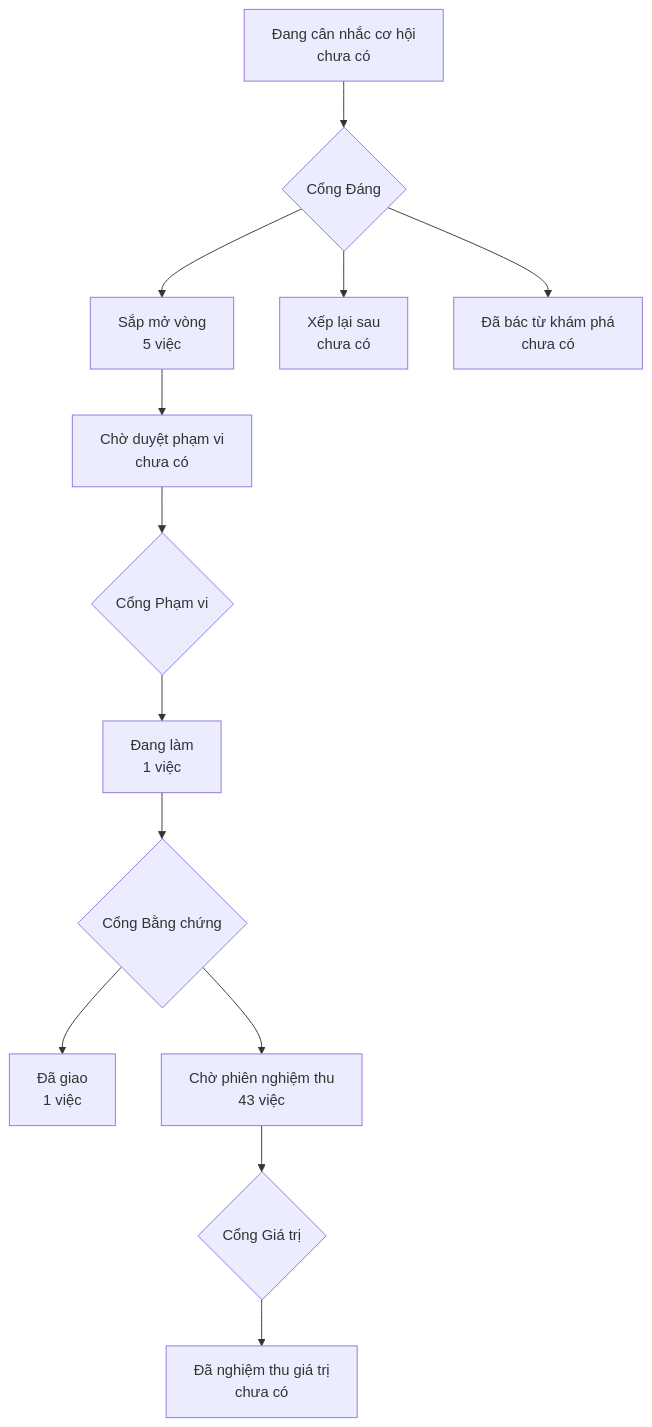
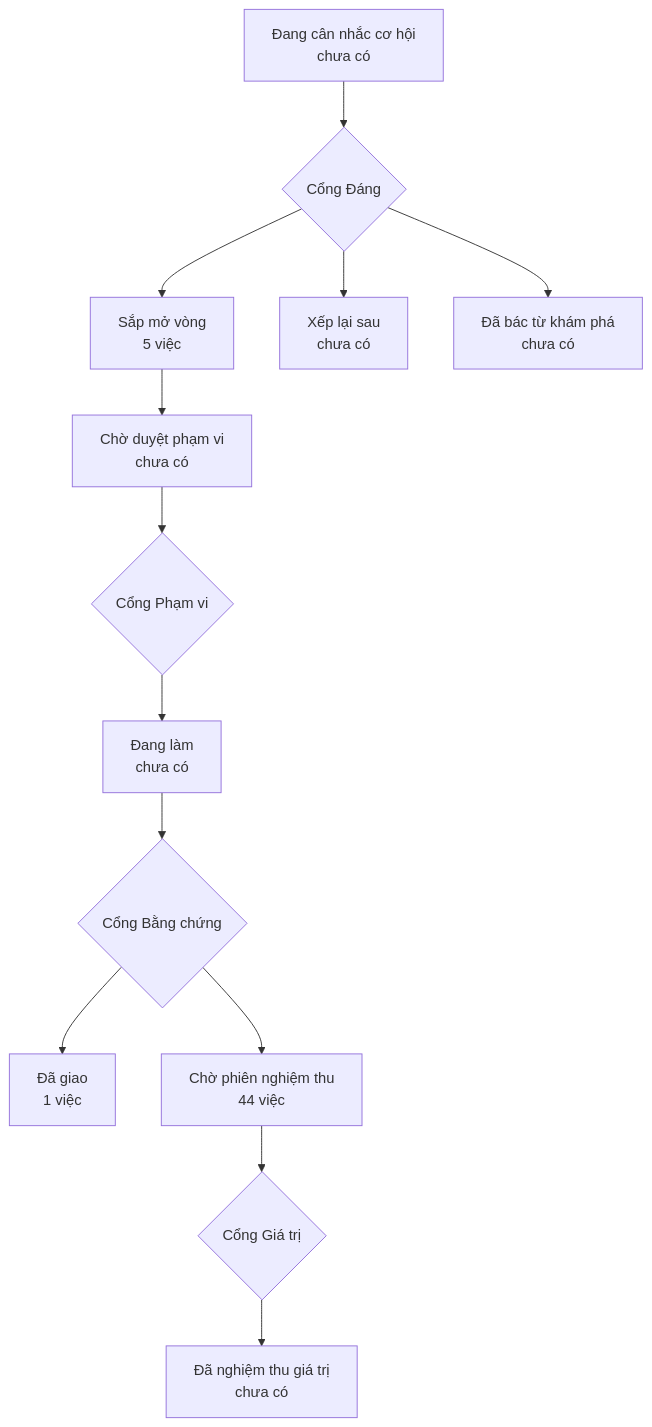
Before and after one commit to phanlemanh/onehub-inventory: the diagram in PRODUCT-MAP.md, drawn with Mermaid. The commit also changed other lines of this file and 4 other files, not shown here.

````diff
--- a/PRODUCT-MAP.md
+++ b/PRODUCT-MAP.md
@@ -7,12 +7,12 @@
 ```mermaid
 flowchart TD
   A["Đang cân nhắc cơ hội<br/>chưa có"] --> GD{"Cổng Đáng"}
   GD --> B["Sắp mở vòng<br/>5 việc"]
   GD --> XL["Xếp lại sau<br/>chưa có"]
   GD --> DB["Đã bác từ khám phá<br/>chưa có"]
   B --> CD["Chờ duyệt phạm vi<br/>chưa có"] --> GP{"Cổng Phạm vi"}
-  GP --> DL["Đang làm<br/>1 việc"] --> GB{"Cổng Bằng chứng"}
+  GP --> DL["Đang làm<br/>chưa có"] --> GB{"Cổng Bằng chứng"}
   GB --> DG["Đã giao<br/>1 việc"]
-  GB --> CN["Chờ phiên nghiệm thu<br/>43 việc"] --> GG{"Cổng Giá trị"}
+  GB --> CN["Chờ phiên nghiệm thu<br/>44 việc"] --> GG{"Cổng Giá trị"}
   GG --> NT["Đã nghiệm thu giá trị<br/>chưa có"]
 ```
````
